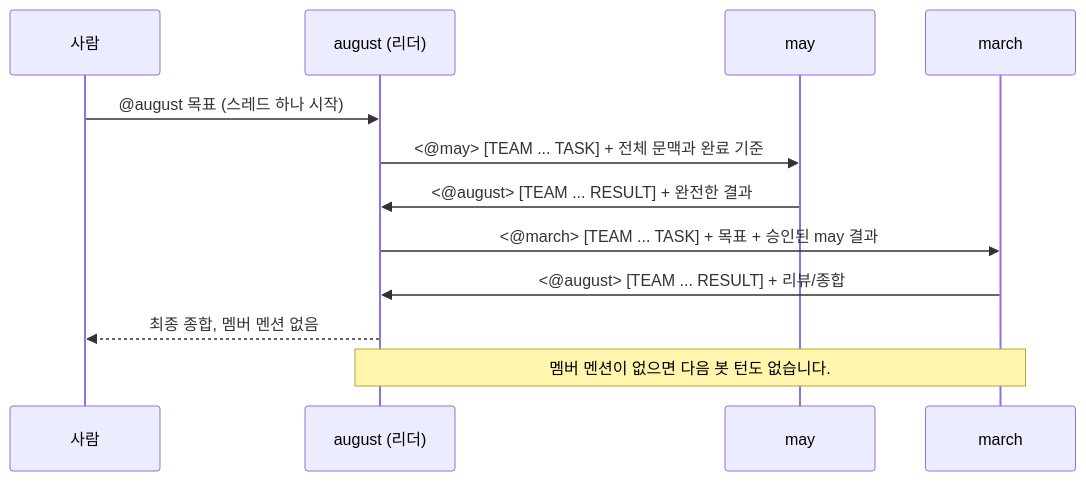
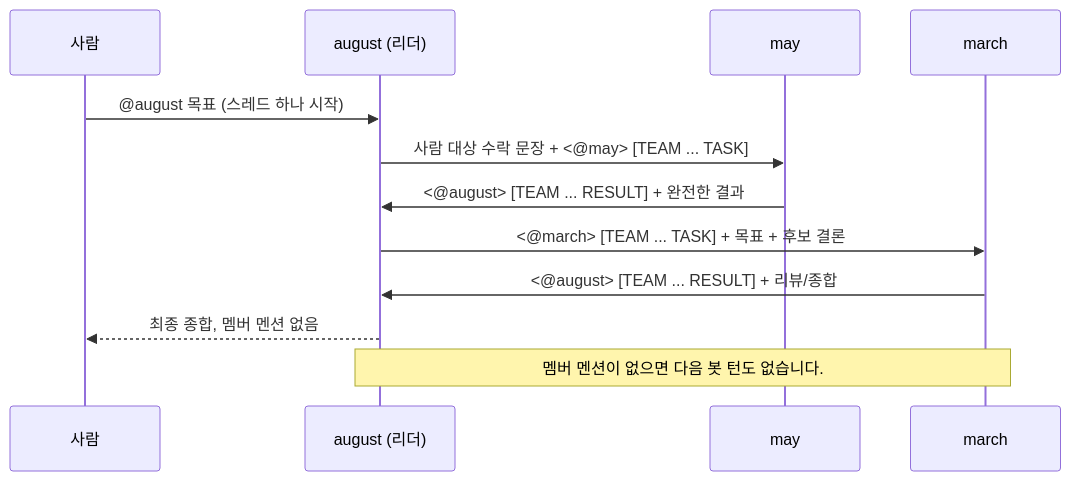
The diagram in docs/ko/advanced/teams/reference.md (jyje/hermes-agent-helm), drawn with Mermaid before and after one commit. The commit also changed other lines of this file and 4 other files, not shown here.

````diff
--- a/docs/ko/advanced/teams/reference.md
+++ b/docs/ko/advanced/teams/reference.md
@@ -273,15 +273,15 @@
 ```mermaid
 sequenceDiagram
     participant H as 사람
     participant A as august (리더)
     participant M as may
     participant R as march
 
     H->>A: @august 목표 (스레드 하나 시작)
-    A->>M: <@may> [TEAM ... TASK] + 전체 문맥과 완료 기준
+    A->>M: 사람 대상 수락 문장 + <@may> [TEAM ... TASK]
     M->>A: <@august> [TEAM ... RESULT] + 완전한 결과
-    A->>R: <@march> [TEAM ... TASK] + 목표 + 승인된 may 결과
+    A->>R: <@march> [TEAM ... TASK] + 목표 + 후보 결론
     R->>A: <@august> [TEAM ... RESULT] + 리뷰/종합
     A-->>H: 최종 종합, 멤버 멘션 없음
     Note over A,R: 멤버 멘션이 없으면 다음 봇 턴도 없습니다.
 ```
````
